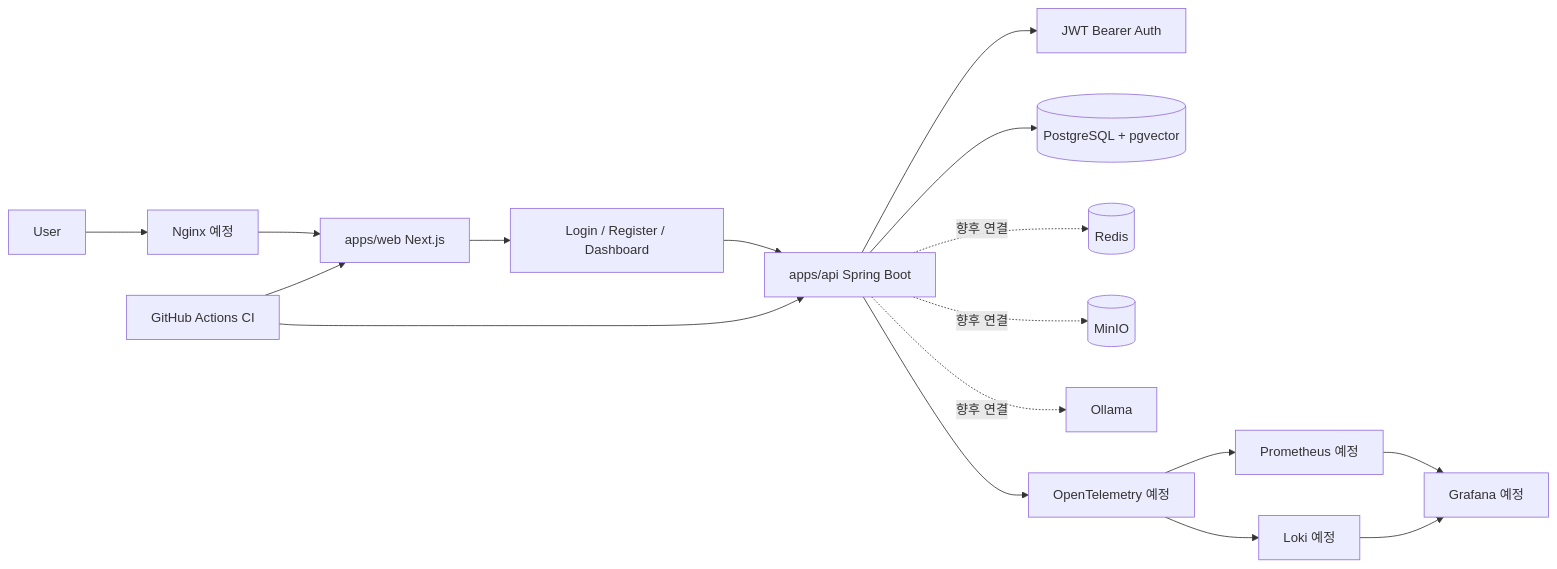
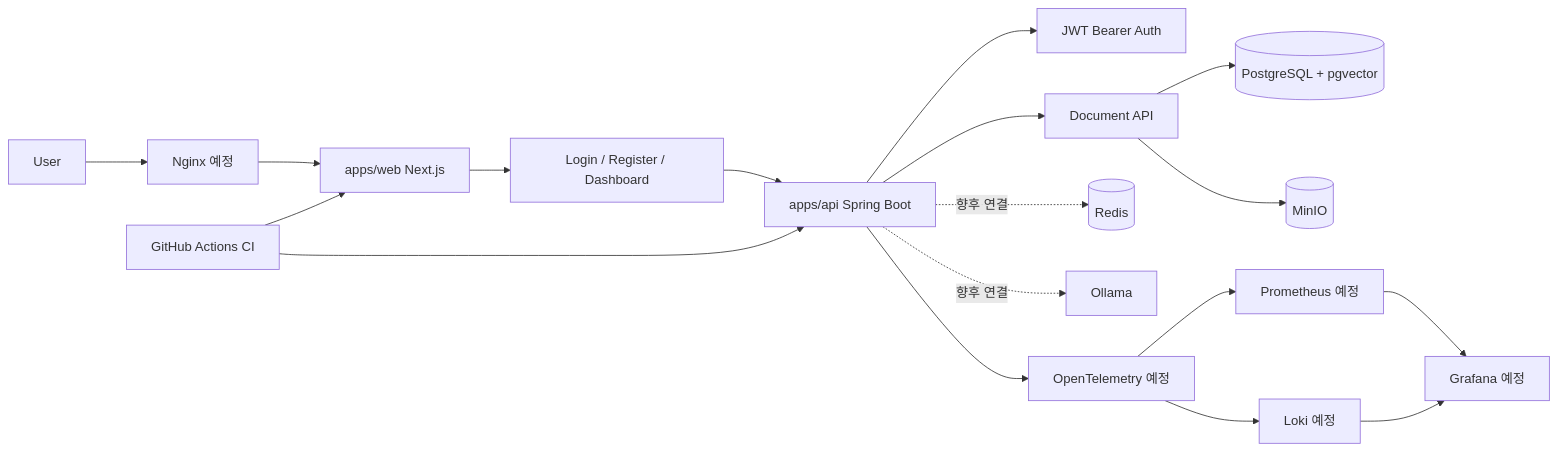
Before and after one commit to jhjung3072/assistops-free: the diagram in docs/architecture.md, drawn with Mermaid. The commit also changed other lines of this file and 40 other files, not shown here.

````diff
--- a/docs/architecture.md
+++ b/docs/architecture.md
@@ -19,19 +21,20 @@
 ```mermaid
 flowchart LR
   user[User] --> nginx[Nginx 예정]
   nginx --> web[apps/web Next.js]
   web --> authUi[Login / Register / Dashboard]
   authUi --> api[apps/api Spring Boot]
   api --> auth[JWT Bearer Auth]
-  api --> postgres[(PostgreSQL + pgvector)]
+  api --> documents[Document API]
+  documents --> postgres[(PostgreSQL + pgvector)]
+  documents --> minio[(MinIO)]
   api -. 향후 연결 .-> redis[(Redis)]
-  api -. 향후 연결 .-> minio[(MinIO)]
   api -. 향후 연결 .-> ollama[Ollama]
   api --> otel[OpenTelemetry 예정]
   otel --> prometheus[Prometheus 예정]
   otel --> loki[Loki 예정]
   prometheus --> grafana[Grafana 예정]
   loki --> grafana
   github[GitHub Actions CI] --> web
   github --> api
 ```
````
